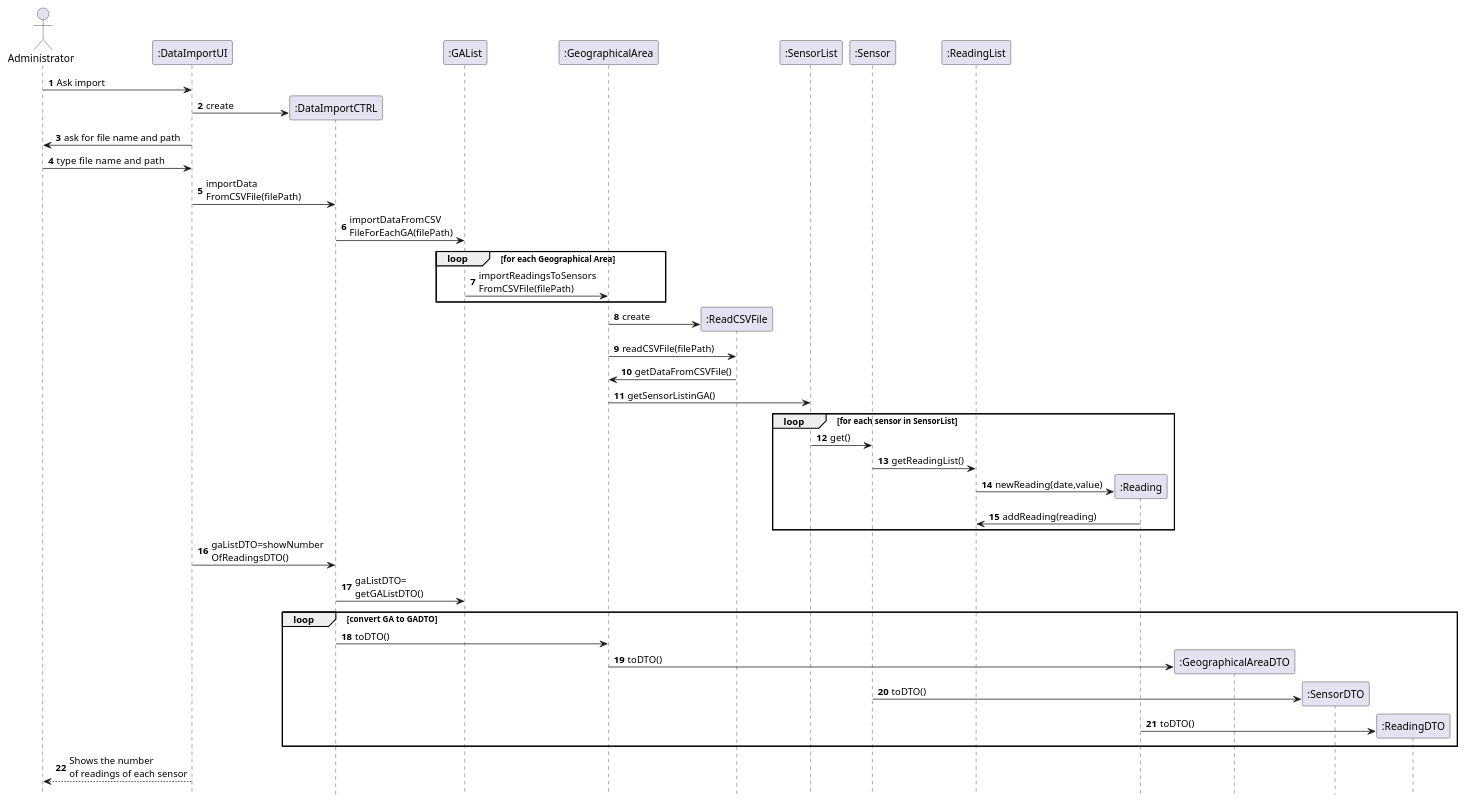
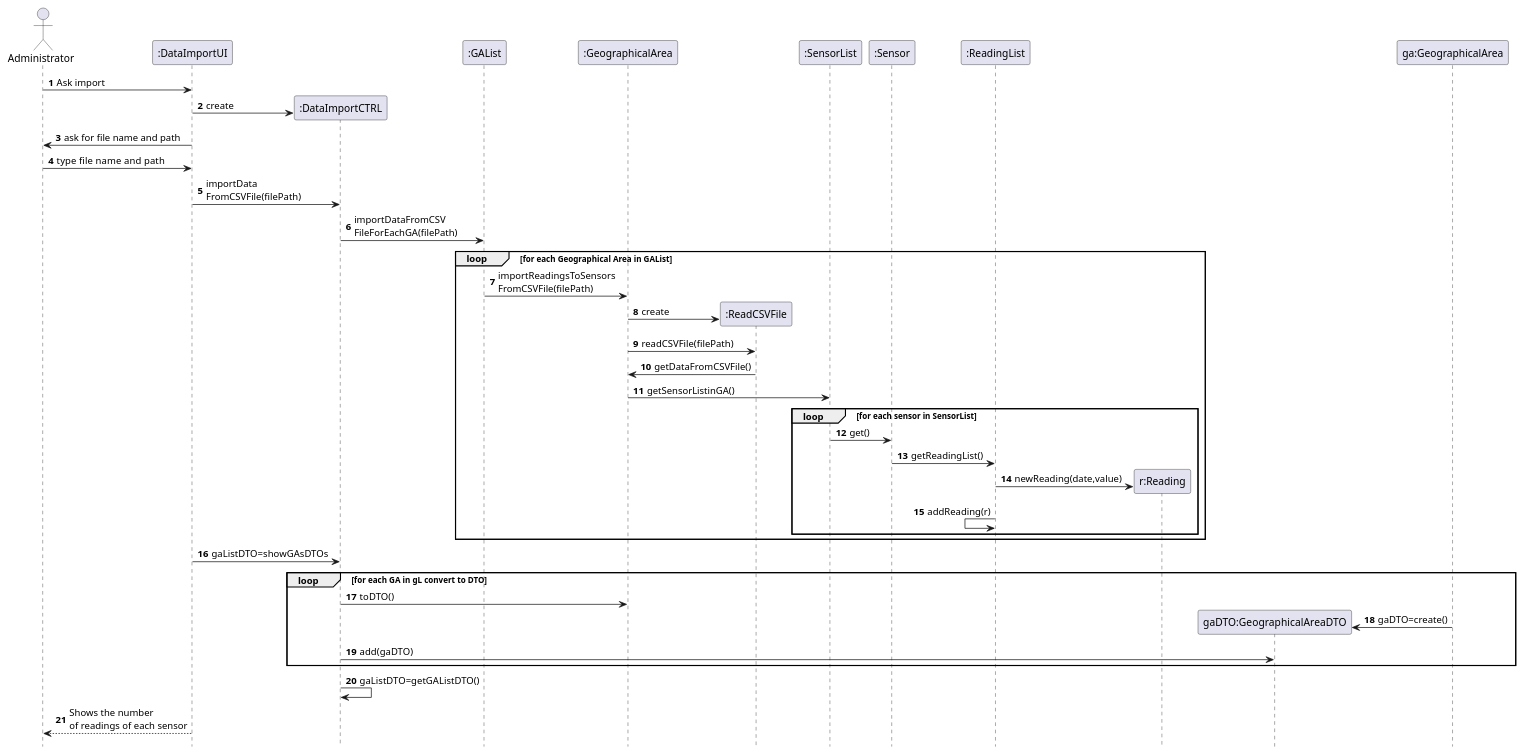
Before and after one commit to emanuel-pereira/hou: the diagram in src/main/java/smarthome/controller/sequenceDiagrams/sd_ImportReadingsSensorsFromCSVfile.puml, drawn with PlantUML.

Commit message:
US20 - Update on Sequence diagram. Addresses #107

```diff
--- a/src/main/java/smarthome/controller/sequenceDiagrams/sd_ImportReadingsSensorsFromCSVfile.puml
+++ b/src/main/java/smarthome/controller/sequenceDiagrams/sd_ImportReadingsSensorsFromCSVfile.puml
@@ -1,53 +1,50 @@
 @startuml
 autonumber
 hidefootbox
 actor Administrator
 
 
 Administrator -> ":DataImportUI": Ask import
 create ":DataImportCTRL"
 
 
 ":DataImportUI" -> ":DataImportCTRL": create
 ":DataImportUI" -> "Administrator": ask for file name and path
 ":DataImportUI" <- "Administrator": type  file name and path
 
 
 ":DataImportUI" -> ":DataImportCTRL": importData\nFromCSVFile(filePath)
 ":DataImportCTRL" -> ":GAList": importDataFromCSV\nFileForEachGA(filePath)
 
-loop for each Geographical Area
+loop for each Geographical Area in GAList
 ":GAList" -> ":GeographicalArea": importReadingsToSensors\nFromCSVFile(filePath)
-end
+
 
 create ":ReadCSVFile"
 ":GeographicalArea" -> ":ReadCSVFile": create
 ":GeographicalArea" -> ":ReadCSVFile": readCSVFile(filePath)
 ":ReadCSVFile" -> ":GeographicalArea": getDataFromCSVFile()
 
 ":GeographicalArea" -> ":SensorList": getSensorListinGA()
 
 loop for each sensor in SensorList
 ":SensorList" -> ":Sensor": get()
 
 ":Sensor" -> ":ReadingList": getReadingList()
-create ":Reading"
+create "r:Reading"
 
-":ReadingList" -> ":Reading": newReading(date,value)
-":ReadingList" <- ":Reading": addReading(reading)
+":ReadingList" -> "r:Reading": newReading(date,value)
+":ReadingList" <- ":ReadingList": addReading(r)
 end
+end
+":DataImportCTRL"<-":DataImportUI":gaListDTO=showGAsDTOs
+loop for each GA in gL convert to DTO
+":DataImportCTRL"->":GeographicalArea": toDTO()
+create "gaDTO:GeographicalAreaDTO"
+"ga:GeographicalArea"->"gaDTO:GeographicalAreaDTO": gaDTO=create()
+":DataImportCTRL"->"gaDTO:GeographicalAreaDTO": add(gaDTO)
+end
+":DataImportCTRL"->":DataImportCTRL": gaListDTO=getGAListDTO()
 
-":DataImportCTRL"<-":DataImportUI":gaListDTO=showNumber\nOfReadingsDTO()
-":DataImportCTRL"->":GAList": gaListDTO=\ngetGAListDTO()
-loop convert GA to GADTO
-":DataImportCTRL"->":GeographicalArea": toDTO()
-create ":GeographicalAreaDTO"
-":GeographicalArea"->":GeographicalAreaDTO": toDTO()
-create ":SensorDTO"
-":Sensor"->":SensorDTO": toDTO()
-create ":ReadingDTO"
-":Reading"->":ReadingDTO": toDTO()
-
-end
 Administrator<--":DataImportUI": Shows the number \nof readings of each sensor
 @enduml
```
